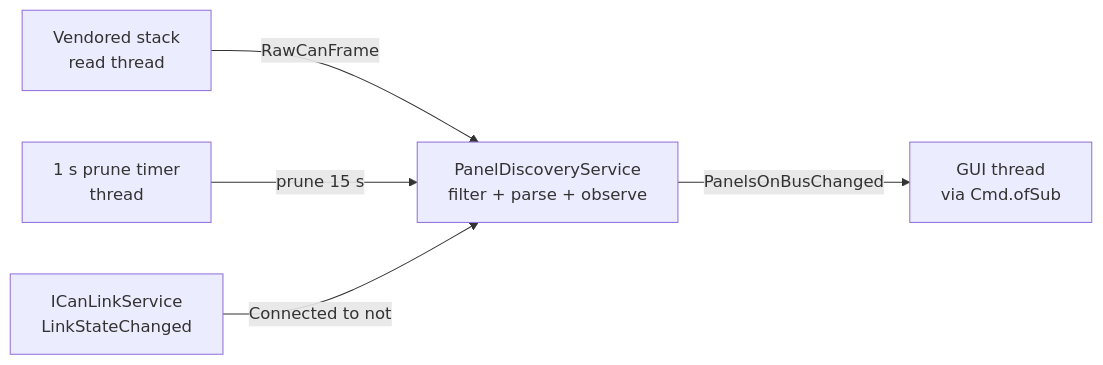
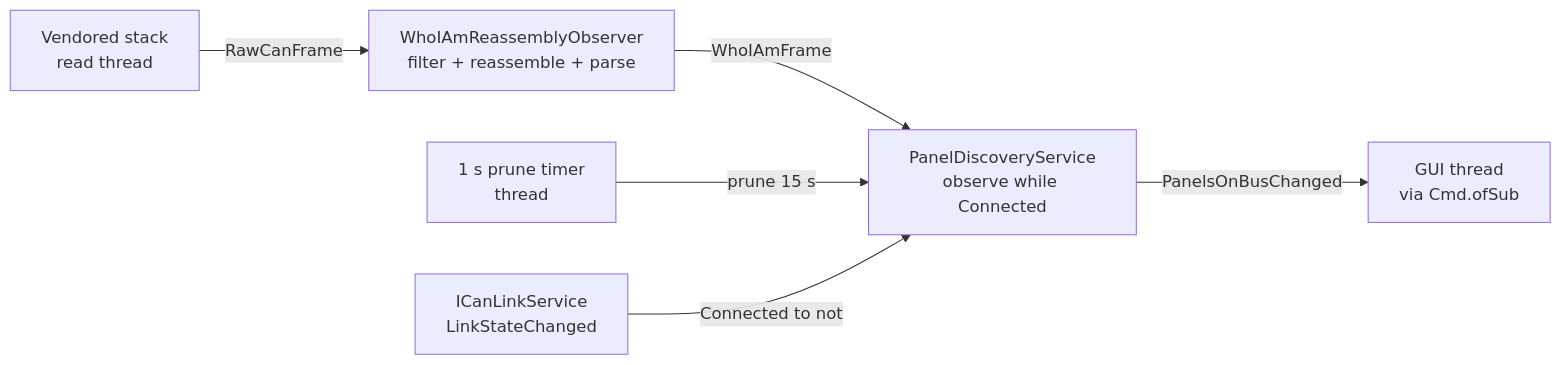
Before and after one commit to luca-veronelli-stem/button-panel-tester: the diagram in specs/003-panel-discovery/contracts/can-frame-stream-port.md, drawn with Mermaid. The commit also changed other lines of this file and 1 other file, not shown here.

First line of the commit message:
docs(spec-003): align the frame-stream port and contract with the reassembly path

````diff
--- a/specs/003-panel-discovery/contracts/can-frame-stream-port.md
+++ b/specs/003-panel-discovery/contracts/can-frame-stream-port.md
@@ -90,7 +98,8 @@
 ```mermaid
 flowchart LR
-    A[Vendored stack<br/>read thread] -->|RawCanFrame| B[PanelDiscoveryService<br/>filter + parse + observe]
+    A[Vendored stack<br/>read thread] -->|RawCanFrame| R[WhoIAmReassemblyObserver<br/>filter + reassemble + parse]
+    R -->|WhoIAmFrame| B[PanelDiscoveryService<br/>observe while Connected]
     T[1 s prune timer<br/>thread] -->|prune 15 s| B
     L[ICanLinkService<br/>LinkStateChanged] -->|Connected to not| B
     B -->|PanelsOnBusChanged| G[GUI thread<br/>via Cmd.ofSub]
 ```
````
